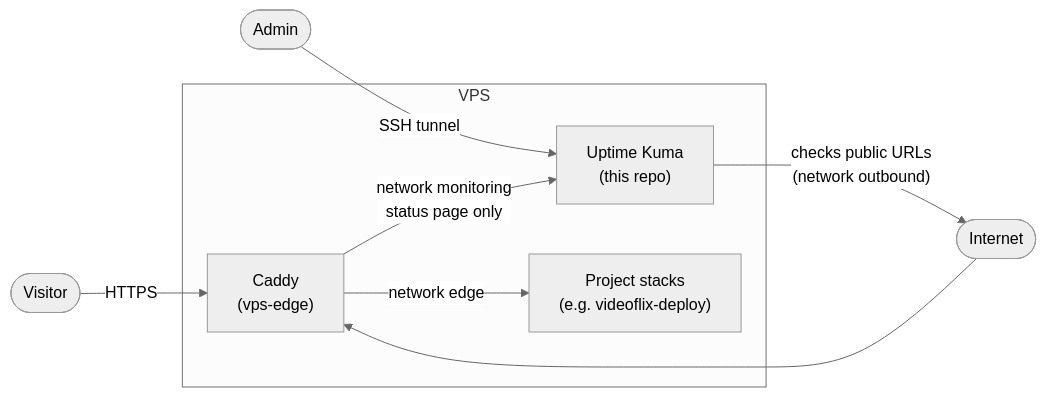
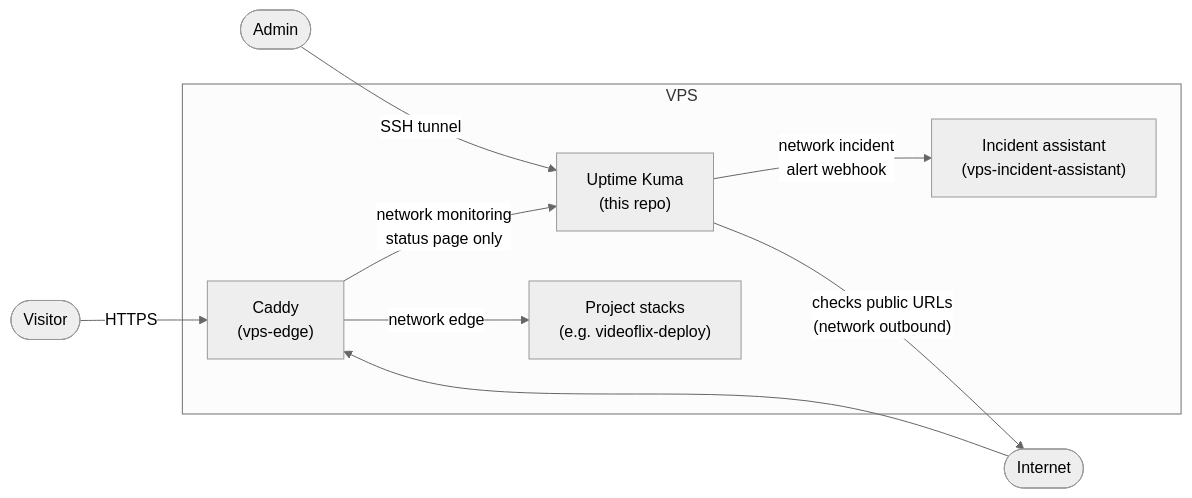
Before and after one commit to PhilippKlinger/vps-monitoring: the diagram in README.md, drawn with Mermaid (neutral theme).

Commit message:
docs: show the incident network in the diagram

````diff
--- a/README.md
+++ b/README.md
@@ -12,14 +12,16 @@
 ```mermaid
 flowchart LR
     visitor([Visitor]) -->|HTTPS| caddy
     admin([Admin]) -->|SSH tunnel| kuma
     subgraph vps [VPS]
         caddy["Caddy<br/>(vps-edge)"]
         kuma["Uptime Kuma<br/>(this repo)"]
+        incident["Incident assistant<br/>(vps-incident-assistant)"]
         apps["Project stacks<br/>(e.g. videoflix-deploy)"]
         caddy -- "network edge" --> apps
         caddy -- "network monitoring<br/>status page only" --> kuma
+        kuma -- "network incident<br/>alert webhook" --> incident
     end
     kuma -->|"checks public URLs<br/>(network outbound)"| internet([Internet])
     internet --> caddy
 ```
````
